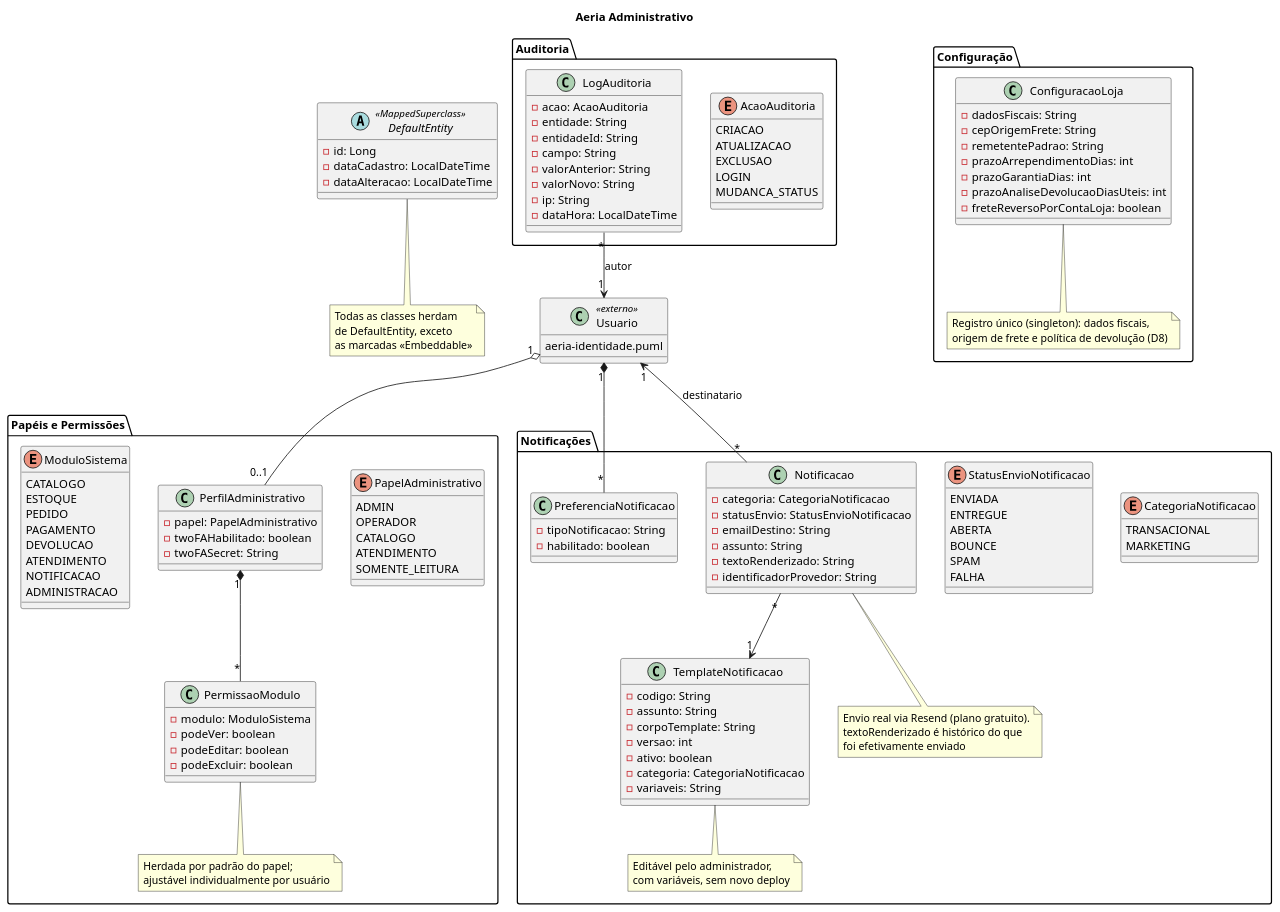
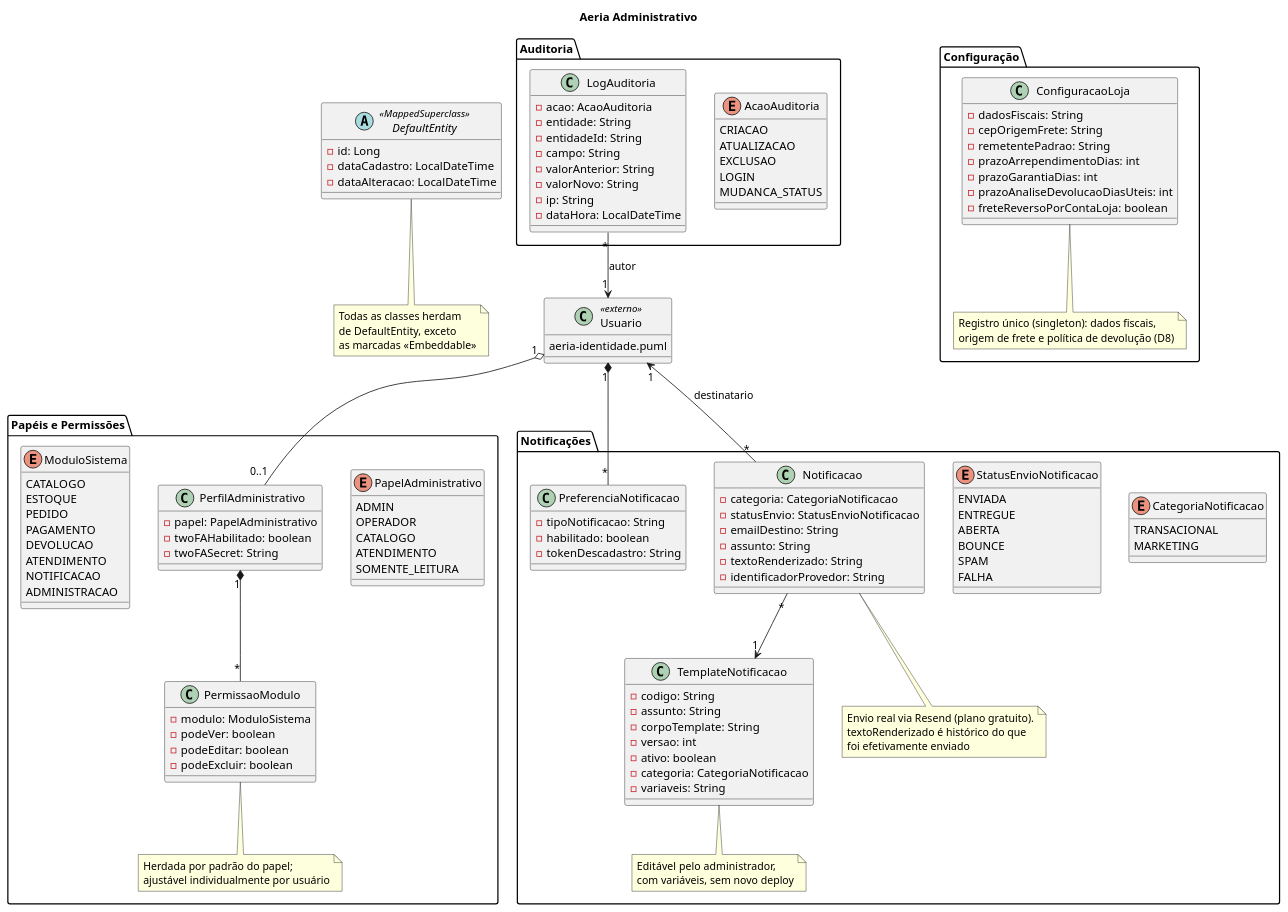
Before and after one commit to DaviRSuassuna/Droneshop: the diagram in docs/diagramas/aeria-administrativo.puml, drawn with PlantUML. The commit also changed 18 other files, not shown here.

```diff
--- a/docs/diagramas/aeria-administrativo.puml
+++ b/docs/diagramas/aeria-administrativo.puml
@@ -1,154 +1,155 @@
 @startuml aeria-administrativo
 
 title Aeria Administrativo
 
 abstract class DefaultEntity <<MappedSuperclass>> {
   -id: Long
   -dataCadastro: LocalDateTime
   -dataAlteracao: LocalDateTime
 }
 
 note bottom of DefaultEntity
   Todas as classes herdam
   de DefaultEntity, exceto
   as marcadas <<Embeddable>>
 end note
 
 class Usuario <<externo>> {
   aeria-identidade.puml
 }
 
 package "Papéis e Permissões" {
   enum PapelAdministrativo {
     ADMIN
     OPERADOR
     CATALOGO
     ATENDIMENTO
     SOMENTE_LEITURA
   }
 
   class PerfilAdministrativo {
     -papel: PapelAdministrativo
     -twoFAHabilitado: boolean
     -twoFASecret: String
   }
 
   enum ModuloSistema {
     CATALOGO
     ESTOQUE
     PEDIDO
     PAGAMENTO
     DEVOLUCAO
     ATENDIMENTO
     NOTIFICACAO
     ADMINISTRACAO
   }
 
   class PermissaoModulo {
     -modulo: ModuloSistema
     -podeVer: boolean
     -podeEditar: boolean
     -podeExcluir: boolean
   }
   note bottom of PermissaoModulo
     Herdada por padrão do papel;
     ajustável individualmente por usuário
   end note
 }
 
 package "Auditoria" {
   enum AcaoAuditoria {
     CRIACAO
     ATUALIZACAO
     EXCLUSAO
     LOGIN
     MUDANCA_STATUS
   }
 
   class LogAuditoria {
     -acao: AcaoAuditoria
     -entidade: String
     -entidadeId: String
     -campo: String
     -valorAnterior: String
     -valorNovo: String
     -ip: String
     -dataHora: LocalDateTime
   }
 }
 
 package "Configuração" {
   class ConfiguracaoLoja {
     -dadosFiscais: String
     -cepOrigemFrete: String
     -remetentePadrao: String
     -prazoArrependimentoDias: int
     -prazoGarantiaDias: int
     -prazoAnaliseDevolucaoDiasUteis: int
     -freteReversoPorContaLoja: boolean
   }
   note bottom of ConfiguracaoLoja
     Registro único (singleton): dados fiscais,
     origem de frete e política de devolução (D8)
   end note
 }
 
 package "Notificações" {
   class TemplateNotificacao {
     -codigo: String
     -assunto: String
     -corpoTemplate: String
     -versao: int
     -ativo: boolean
     -categoria: CategoriaNotificacao
     -variaveis: String
   }
   note bottom of TemplateNotificacao
     Editável pelo administrador,
     com variáveis, sem novo deploy
   end note
 
   enum CategoriaNotificacao {
     TRANSACIONAL
     MARKETING
   }
 
   enum StatusEnvioNotificacao {
     ENVIADA
     ENTREGUE
     ABERTA
     BOUNCE
     SPAM
     FALHA
   }
 
   class Notificacao {
     -categoria: CategoriaNotificacao
     -statusEnvio: StatusEnvioNotificacao
     -emailDestino: String
     -assunto: String
     -textoRenderizado: String
     -identificadorProvedor: String
   }
   note bottom of Notificacao
     Envio real via Resend (plano gratuito).
     textoRenderizado é histórico do que
     foi efetivamente enviado
   end note
 
   class PreferenciaNotificacao {
     -tipoNotificacao: String
     -habilitado: boolean
+    -tokenDescadastro: String
   }
 }
 
 ' Usuario o-- PerfilAdministrativo também consta em aeria-identidade.puml,
 ' repetida aqui para leitura isolada deste arquivo
 Usuario "1" o-- "0..1" PerfilAdministrativo
 PerfilAdministrativo "1" *-- "*" PermissaoModulo
 LogAuditoria "*" --> "1" Usuario : autor
 Notificacao "*" --> "1" TemplateNotificacao
 Notificacao "*" --> "1" Usuario : destinatario
 Usuario "1" *-- "*" PreferenciaNotificacao
 
 @enduml
```
